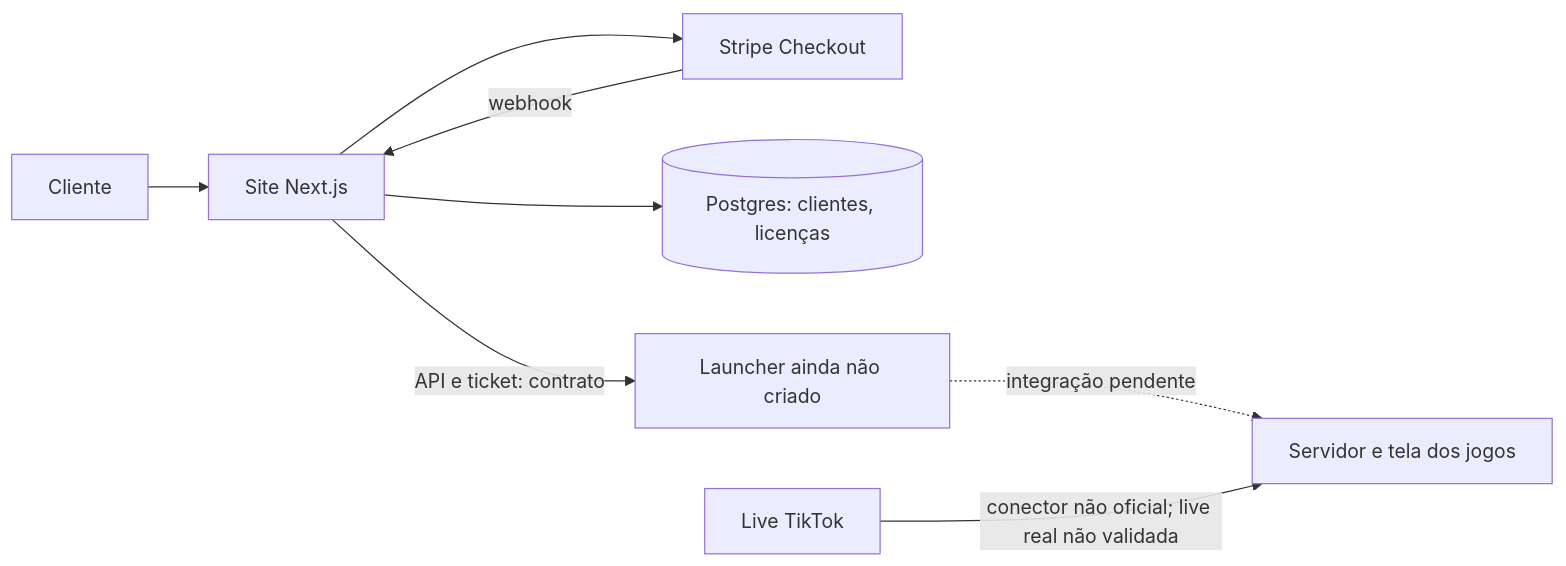
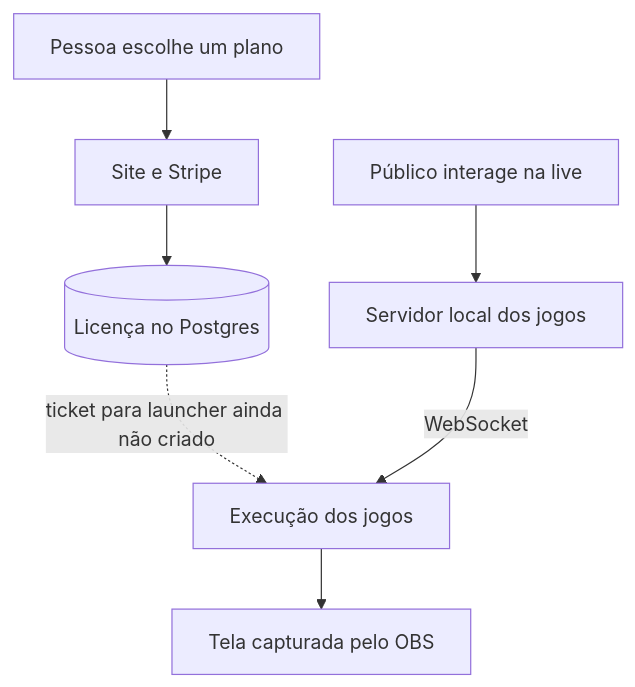
Before and after one commit to theuzao/santi-hub-docs: the diagram in README.md, drawn with Mermaid. The commit also changed other lines of this file and 1 other file, not shown here.

````diff
--- a/README.md
+++ b/README.md
@@ -24,10 +17,9 @@
 ```mermaid
-flowchart LR
-  Pessoa[Cliente] --> Site[Site Next.js]
-  Site --> Stripe[Stripe Checkout]
-  Stripe -->|webhook| Site
-  Site --> Banco[(Postgres: clientes, licenças)]
-  Site -->|API e ticket: contrato| Launcher[Launcher ainda não criado]
-  Launcher -. integração pendente .-> Jogos[Servidor e tela dos jogos]
-  Live[Live TikTok] -->|conector não oficial; live real não validada| Jogos
+flowchart TB
+  A[Pessoa escolhe um plano] --> B[Site e Stripe]
+  B --> C[(Licença no Postgres)]
+  C -. ticket para launcher ainda não criado .-> D[Execução dos jogos]
+  E[Público interage na live] --> F[Servidor local dos jogos]
+  F -->|WebSocket| D
+  D --> G[Tela capturada pelo OBS]
 ```
````
